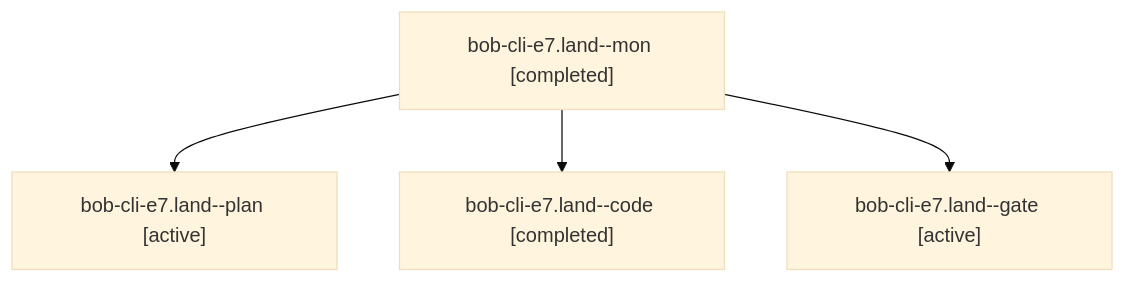
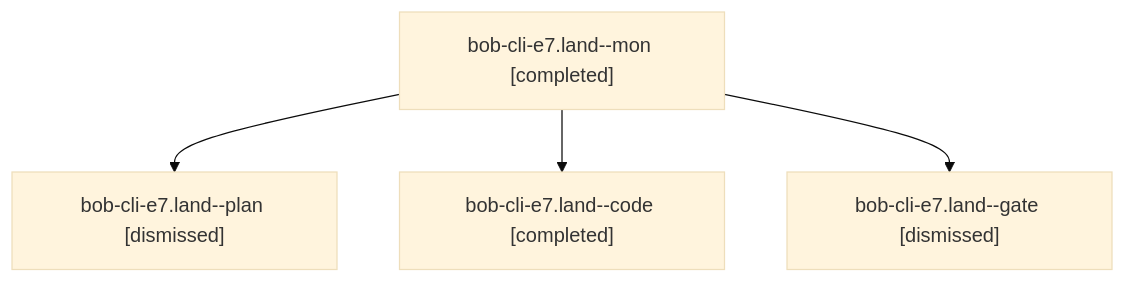
One commit to bobs-org/bob-cli--agents changed the diagram in sessions/bbugyi200.apollo.bob-cli-e7.land.md. Above: the diagram before and after it, drawn with Mermaid (base theme). The commit also changed other lines of this file and 212 other files, not shown here.

````diff
--- a/sessions/bbugyi200.apollo.bob-cli-e7.land.md
+++ b/sessions/bbugyi200.apollo.bob-cli-e7.land.md
@@ -9,10 +9,10 @@
 ```mermaid
 flowchart TD
   n0["bob-cli-e7.land--mon [completed]"]
-  n1["bob-cli-e7.land--plan [active]"]
+  n1["bob-cli-e7.land--plan [dismissed]"]
   n0 --> n1
   n2["bob-cli-e7.land--code [completed]"]
   n0 --> n2
-  n3["bob-cli-e7.land--gate [active]"]
+  n3["bob-cli-e7.land--gate [dismissed]"]
   n0 --> n3
 ```
````
